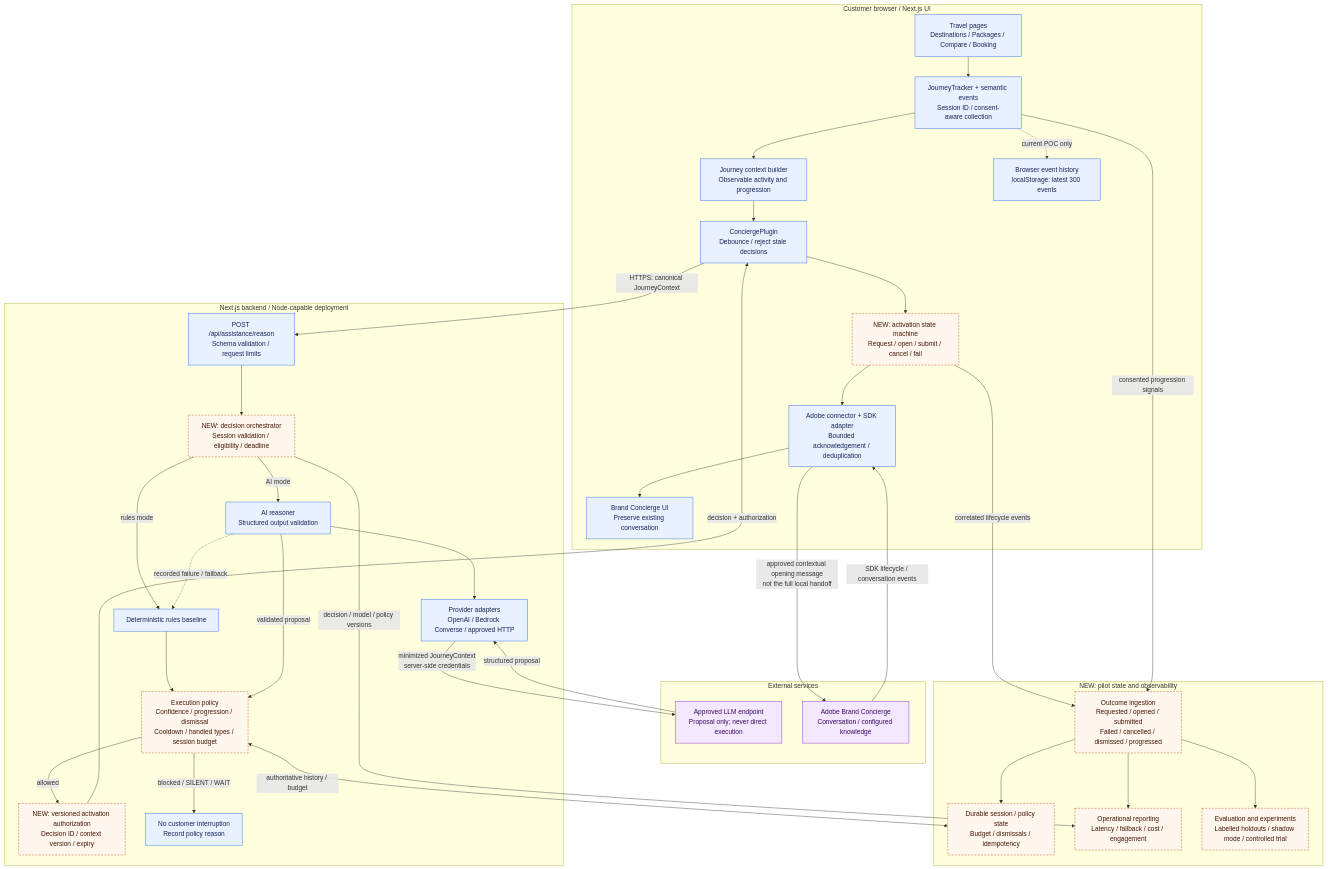
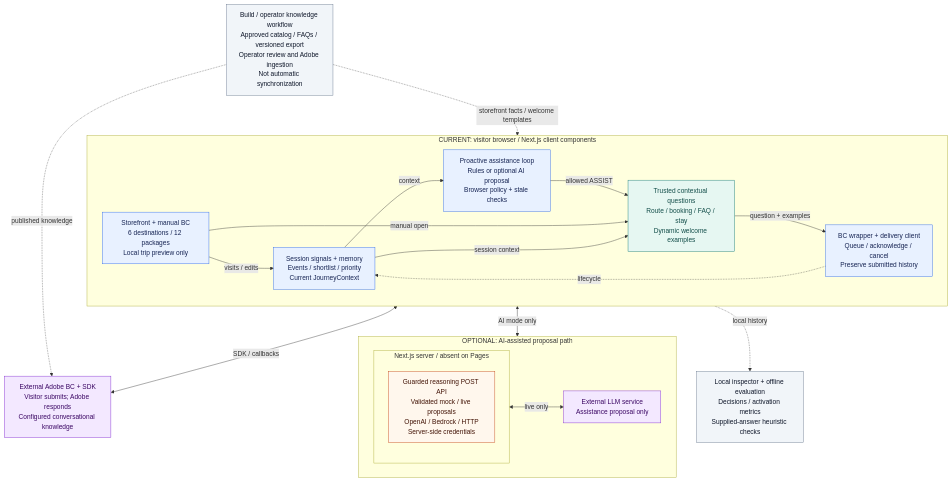
One commit to nitin2adobe/wanderly changed the first of 2 diagrams in presentation/technical-architecture.md. Above: the diagram before and after it, drawn with Mermaid. The commit also changed other lines of this file and 1 other file, not shown here.

````diff
--- a/presentation/technical-architecture.md
+++ b/presentation/technical-architecture.md
@@ -8,67 +10,50 @@
 ```mermaid
 flowchart TB
-    subgraph browser["Customer browser / Next.js UI"]
-        pages["Travel pages<br/>Destinations / Packages / Compare / Booking"]
-        tracking["JourneyTracker + semantic events<br/>Session ID / consent-aware collection"]
-        context["Journey context builder<br/>Observable activity and progression"]
-        plugin["ConciergePlugin<br/>Debounce / reject stale decisions"]
-        activation["NEW: activation state machine<br/>Request / open / submit / cancel / fail"]
-        connector["Adobe connector + SDK adapter<br/>Bounded acknowledgement / deduplication"]
-        chat["Brand Concierge UI<br/>Preserve existing conversation"]
-        pages --> tracking --> context --> plugin
-        plugin --> activation --> connector --> chat
-        tracking -. "current POC only" .-> local["Browser event history<br/>localStorage: latest 300 events"]
+    subgraph browser["CURRENT: visitor browser / Next.js client components"]
+        direction LR
+        storefront["Storefront + manual BC<br/>6 destinations / 12 packages<br/>Local trip preview only"]
+        session["Session signals + memory<br/>Events / shortlist / priority<br/>Current JourneyContext"]
+        proactive["Proactive assistance loop<br/>Rules or optional AI proposal<br/>Browser policy + stale checks"]
+        questions["Trusted contextual questions<br/>Route / booking / FAQ / stay<br/>Dynamic welcome examples"]
+        client["BC wrapper + delivery client<br/>Queue / acknowledge / cancel<br/>Preserve submitted history"]
+
+        storefront -->|"visits / edits"| session
+        session -->|"context"| proactive
+        proactive -->|"allowed ASSIST"| questions
+        storefront -->|"manual open"| questions
+        session -->|"session context"| questions
+        questions -->|"question + examples"| client
+        client -. "lifecycle" .-> session
     end
 
-    subgraph backend["Next.js backend / Node-capable deployment"]
-        api["POST /api/assistance/reason<br/>Schema validation / request limits"]
-        orchestrator["NEW: decision orchestrator<br/>Session validation / eligibility / deadline"]
-        rules["Deterministic rules baseline"]
-        reasoner["AI reasoner<br/>Structured output validation"]
-        providers["Provider adapters<br/>OpenAI / Bedrock Converse / approved HTTP"]
-        policy["Execution policy<br/>Confidence / progression / dismissal<br/>Cooldown / handled types / session budget"]
-        result["NEW: versioned activation authorization<br/>Decision ID / context version / expiry"]
-        api --> orchestrator
-        orchestrator -->|"rules mode"| rules
-        orchestrator -->|"AI mode"| reasoner
-        reasoner --> providers
-        reasoner -. "recorded failure / fallback" .-> rules
-        rules --> policy
-        reasoner -->|"validated proposal"| policy
-        policy -->|"allowed"| result
-        policy -->|"blocked / SILENT / WAIT"| noaction["No customer interruption<br/>Record policy reason"]
+    subgraph aiPath["OPTIONAL: AI-assisted proposal path"]
+        direction LR
+        subgraph server["Next.js server / absent on Pages"]
+            api["Guarded reasoning POST API<br/>Validated mock / live proposals<br/>OpenAI / Bedrock / HTTP<br/>Server-side credentials"]
+        end
+        llm["External LLM service<br/>Assistance proposal only"]
+        server <-->|"live only"| llm
     end
 
-    subgraph external["External services"]
-        llm["Approved LLM endpoint<br/>Proposal only; never direct execution"]
-        adobe["Adobe Brand Concierge<br/>Conversation / configured knowledge"]
-        providers -->|"minimized JourneyContext<br/>server-side credentials"| llm
-        llm -->|"structured proposal"| providers
-    end
+    adobe["External Adobe BC + SDK<br/>Visitor submits; Adobe responds<br/>Configured conversational knowledge"]
 
-    subgraph operations["NEW: pilot state and observability"]
-        state["Durable session / policy state<br/>Budget / dismissals / idempotency"]
-        outcomes["Outcome ingestion<br/>Requested / opened / submitted<br/>Failed / cancelled / dismissed / progressed"]
-        reporting["Operational reporting<br/>Latency / fallback / cost / engagement"]
-        evaluation["Evaluation and experiments<br/>Labelled holdouts / shadow mode / controlled trial"]
-        outcomes --> state
-        outcomes --> reporting
-        outcomes --> evaluation
-    end
+    catalog["Build / operator knowledge workflow<br/>Approved catalog / FAQs / versioned export<br/>Operator review and Adobe ingestion<br/>Not automatic synchronization"]
+    inspector["Local inspector + offline evaluation<br/>Decisions / activation metrics<br/>Supplied-answer heuristic checks"]
 
-    plugin -->|"HTTPS: canonical JourneyContext"| api
-    result -->|"decision + authorization"| plugin
-    policy <-->|"authoritative history / budget"| state
-    connector -->|"approved contextual opening message<br/>not the full local handoff"| adobe
-    adobe -->|"SDK lifecycle / conversation events"| connector
-    activation -->|"correlated lifecycle events"| outcomes
-    tracking -->|"consented progression signals"| outcomes
-    orchestrator -->|"decision / model / policy versions"| reporting
+    browser <-->|"AI mode only"| aiPath
+    browser <-->|"SDK / callbacks"| adobe
+    catalog -. "storefront facts / welcome templates" .-> browser
+    catalog -. "published knowledge" .-> adobe
+    browser -. "local history" .-> inspector
 
-    classDef existing fill:#e8f1ff,stroke:#2563eb,color:#172554;
-    classDef planned fill:#fff7ed,stroke:#c2410c,color:#431407,stroke-dasharray:5 3;
+    classDef current fill:#e8f1ff,stroke:#2563eb,color:#172554;
+    classDef contextual fill:#e6f7f2,stroke:#0f766e,color:#134e4a;
+    classDef optional fill:#fff7ed,stroke:#c2410c,color:#431407;
     classDef externalNode fill:#f3e8ff,stroke:#7e22ce,color:#3b0764;
-    class pages,tracking,context,plugin,connector,chat,local,api,rules,reasoner,providers,noaction existing;
-    class activation,orchestrator,policy,result,state,outcomes,reporting,evaluation planned;
+    classDef local fill:#f1f5f9,stroke:#64748b,color:#0f172a;
+    class storefront,session,proactive,client current;
+    class questions contextual;
+    class api optional;
     class llm,adobe externalNode;
+    class catalog,inspector local;
 ```
````
